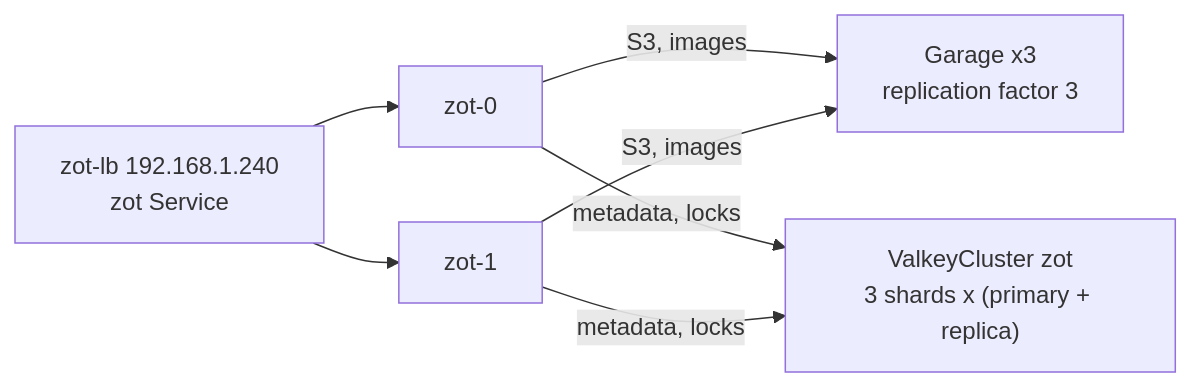
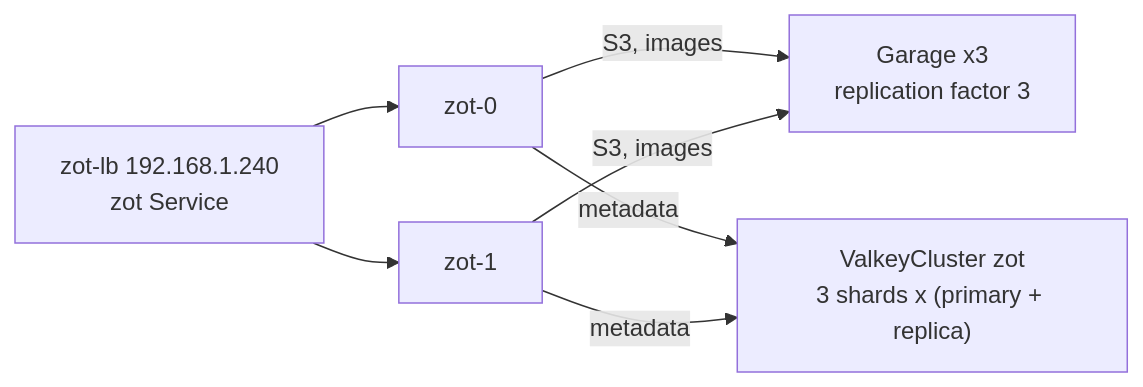
One commit to cthtrifork/talos-gitops changed the diagram in k8s/infra/registry-system/zot/README.md. Above: the diagram before and after it, drawn with Mermaid. The commit also changed other lines of this file and 9 other files, not shown here.

First line of the commit message:
docs(registry-system): clarify zot/Garage/Valkey setup

````diff
--- a/k8s/infra/registry-system/zot/README.md
+++ b/k8s/infra/registry-system/zot/README.md
@@ -7,7 +6,7 @@
 ```mermaid
 flowchart LR
     lb["zot-lb 192.168.1.240<br/>zot Service"] --> z0["zot-0"]
     lb --> z1["zot-1"]
     z0 & z1 -->|"S3, images"| garage["Garage x3<br/>replication factor 3"]
-    z0 & z1 -->|"metadata, locks"| valkey["ValkeyCluster zot<br/>3 shards x (primary + replica)"]
+    z0 & z1 -->|"metadata"| valkey["ValkeyCluster zot<br/>3 shards x (primary + replica)"]
 ```
````
